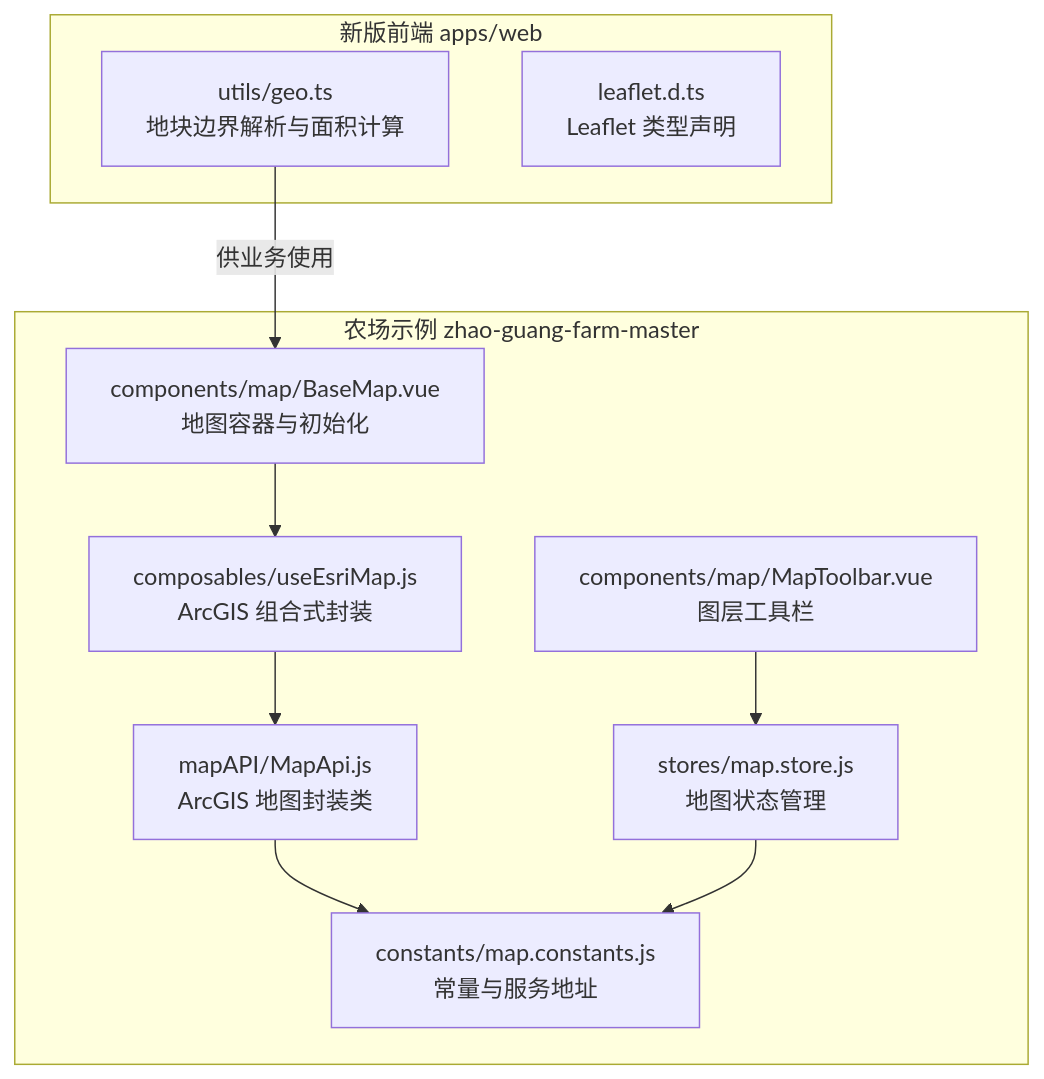
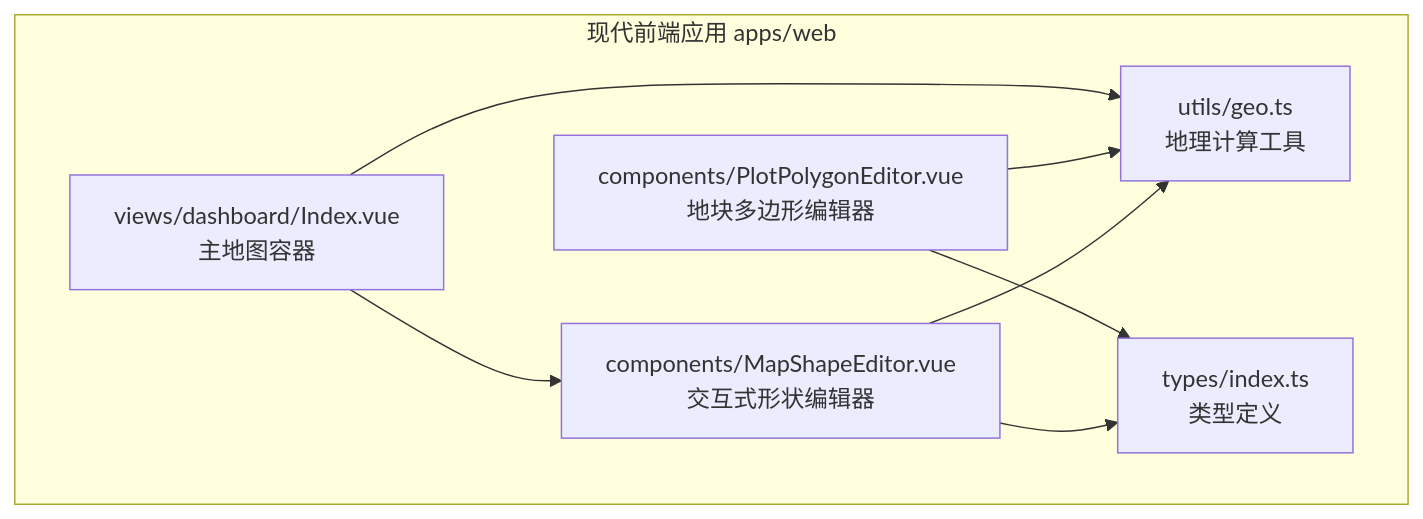
One commit to q446328246/agri-platform changed the first of 5 diagrams in .qoder/repowiki/zh/content/前端应用文档/地图可视化.md. Above: the diagram before and after it, drawn with Mermaid. The commit also changed other lines of this file and 39 other files, not shown here.

````diff
--- a/.qoder/repowiki/zh/content/前端应用文档/地图可视化.md
+++ b/.qoder/repowiki/zh/content/前端应用文档/地图可视化.md
@@ -45,21 +44,16 @@
 ```mermaid
 graph TB
-subgraph "新版前端 apps/web"
-LGeo["utils/geo.ts<br/>地块边界解析与面积计算"]
-LType["leaflet.d.ts<br/>Leaflet 类型声明"]
+subgraph "现代前端应用 apps/web"
+ShapeEditor["components/MapShapeEditor.vue<br/>交互式形状编辑器"]
+PolygonEditor["components/PlotPolygonEditor.vue<br/>地块多边形编辑器"]
+Dashboard["views/dashboard/Index.vue<br/>主地图容器"]
+GeoUtils["utils/geo.ts<br/>地理计算工具"]
+Types["types/index.ts<br/>类型定义"]
 end
-subgraph "农场示例 zhao-guang-farm-master"
-BaseMap["components/map/BaseMap.vue<br/>地图容器与初始化"]
-Toolbar["components/map/MapToolbar.vue<br/>图层工具栏"]
-Composable["composables/useEsriMap.js<br/>ArcGIS 组合式封装"]
-MapApi["mapAPI/MapApi.js<br/>ArcGIS 地图封装类"]
-Store["stores/map.store.js<br/>地图状态管理"]
-Consts["constants/map.constants.js<br/>常量与服务地址"]
-end
-BaseMap --> Composable
-Composable --> MapApi
-MapApi --> Consts
-Toolbar --> Store
-Store --> Consts
-LGeo --> |"供业务使用"| BaseMap
+ShapeEditor --> GeoUtils
+PolygonEditor --> GeoUtils
+Dashboard --> ShapeEditor
+Dashboard --> GeoUtils
+ShapeEditor --> Types
+PolygonEditor --> Types
 ```
````
